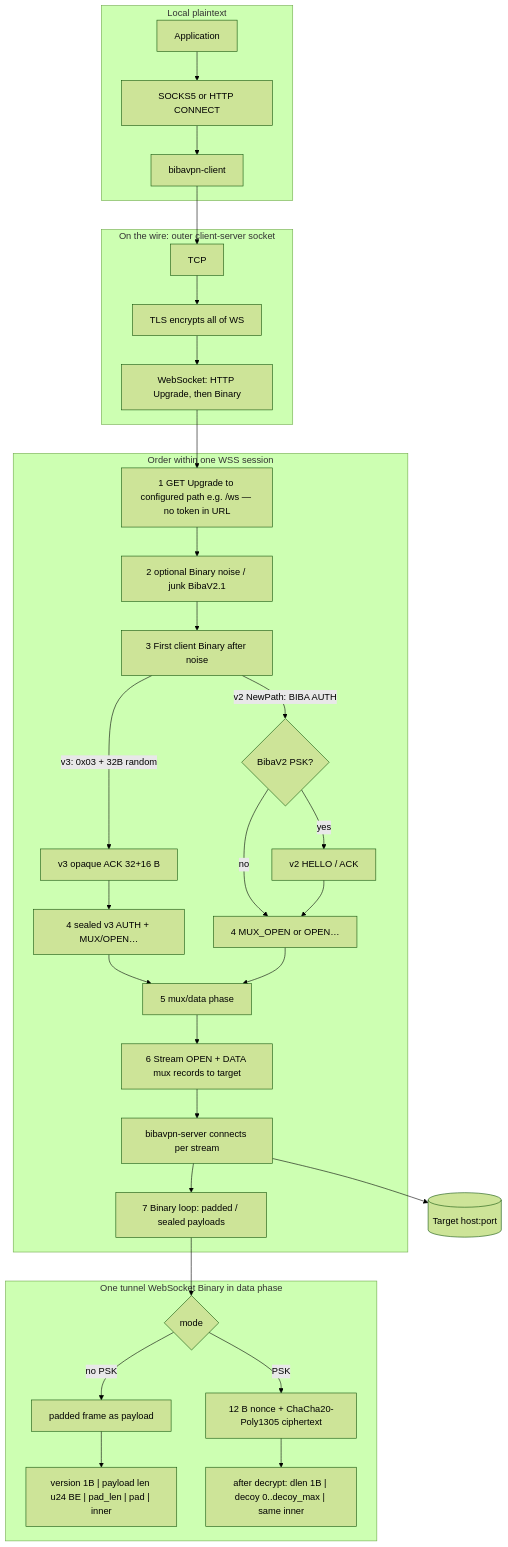
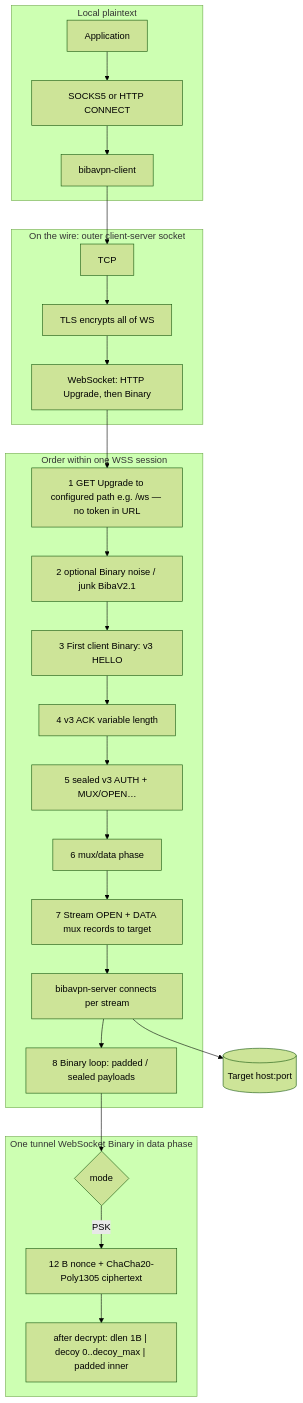
Before and after one commit to Eljaja/BibaVPN: the third of 3 diagrams in PROTOCOL.md, drawn with Mermaid (forest theme). The commit also changed other lines of this file and 2 other files, not shown here.

````diff
--- a/PROTOCOL.md
+++ b/PROTOCOL.md
@@ -243,39 +254,32 @@
 ```mermaid
 flowchart TB
   subgraph loc [Local plaintext]
     APP[Application] --> PX[SOCKS5 or HTTP CONNECT] --> CL[bibavpn-client]
   end
 
   subgraph wire [On the wire: outer client-server socket]
     CL --> TCP[TCP]
     TCP --> TLS[TLS encrypts all of WS]
     TLS --> WFR[WebSocket: HTTP Upgrade, then Binary]
   end
 
   subgraph setup [Order within one WSS session]
     WFR --> U[1 GET Upgrade to configured path e.g. /ws — no token in URL]
     U --> N[2 optional Binary noise / junk BibaV2.1]
-    N --> FB[3 First client Binary after noise]
-    FB -->|v2 NewPath: BIBA AUTH| Q2{BibaV2 PSK?}
-    FB -->|v3: 0x03 + 32B random| H3[v3 opaque ACK 32+16 B]
-    Q2 -->|yes| HA[v2 HELLO / ACK]
-    Q2 -->|no| MX[4 MUX_OPEN or OPEN…]
-    HA --> MX
-    H3 --> AU3[4 sealed v3 AUTH + MUX/OPEN…]
-    AU3 --> MX2[5 mux/data phase]
-    MX --> MX2
-    MX2 --> ST[6 Stream OPEN + DATA mux records to target]
+    N --> FB[3 First client Binary: v3 HELLO]
+    FB --> H3[4 v3 ACK variable length]
+    H3 --> AU3[5 sealed v3 AUTH + MUX/OPEN…]
+    AU3 --> MX2[6 mux/data phase]
+    MX2 --> ST[7 Stream OPEN + DATA mux records to target]
     ST --> SV[bibavpn-server connects per stream]
-    SV --> LOOP[7 Binary loop: padded / sealed payloads]
+    SV --> LOOP[8 Binary loop: padded / sealed payloads]
   end
 
   subgraph payload [One tunnel WebSocket Binary in data phase]
     LOOP --> R{mode}
-    R -->|no PSK| PF[padded frame as payload]
     R -->|PSK| AE[12 B nonce + ChaCha20-Poly1305 ciphertext]
-    PF --> PF1["version 1B | payload len u24 BE | pad_len | pad | inner"]
-    AE --> AE1["after decrypt: dlen 1B | decoy 0..decoy_max | same inner"]
+    AE --> AE1["after decrypt: dlen 1B | decoy 0..decoy_max | padded inner"]
   end
 
   SV --> DST[(Target host:port)]
 ```
````
